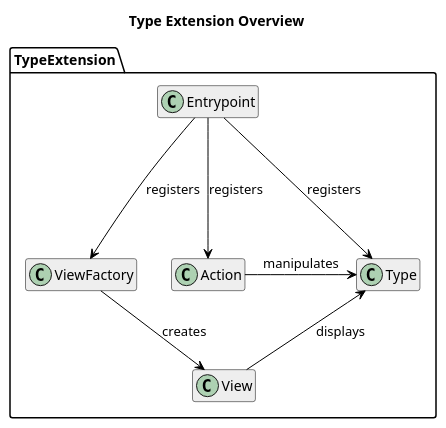
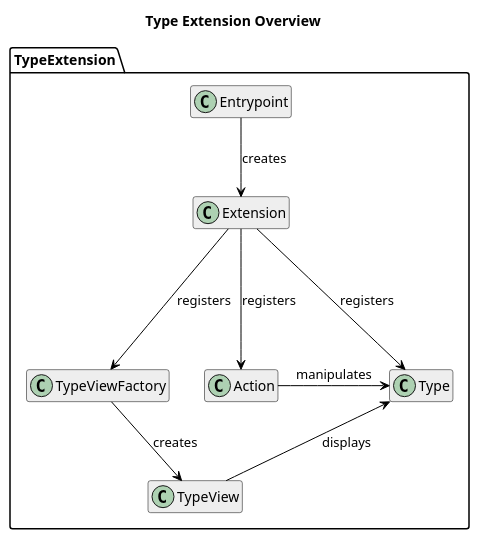
One commit to blackfennec-org/blackfennec changed the diagram in docs/source/development/extensions/type_extension_overview.puml. Above: the diagram before and after it, drawn with PlantUML. The commit also changed 7 other files, not shown here.

Commit message:
update documentation for type extension

```diff
--- a/docs/source/development/extensions/type_extension_overview.puml
+++ b/docs/source/development/extensions/type_extension_overview.puml
@@ -1,34 +1,37 @@
 @startuml Type Extension Overview
 
 hide members
 hide methods
 
 skinparam class {
     BackgroundColor #EEE
     ArrowColor Black
     BorderColor Black
 }
 
 title Type Extension Overview
 
 package "TypeExtension" {
     class Entrypoint {}
+    class Extension {}
     class Type {}
-    class View {}
-    class ViewFactory {}
+    class TypeView {}
+    class TypeViewFactory {}
     class Action {}
 
-    Entrypoint ---> Type : registers
-    Entrypoint -down-> ViewFactory : registers
-    Entrypoint -right-> Action : registers
+    Entrypoint -down-> Extension : creates
 
-    ViewFactory -down-> View  : creates
+    Extension ---> Type : registers
+    Extension -down-> TypeViewFactory : registers
+    Extension -right-> Action : registers
+
+    TypeViewFactory -down-> TypeView  : creates
     Action -down-> Type : manipulates
 
-    View -up-> Type : displays
+    TypeView -up-> Type : displays
 
-    ViewFactory -[hidden]right-> Action
+    TypeViewFactory -[hidden]right-> Action
     Type -[hidden]right-> Action
 }
 
 @enduml
```
